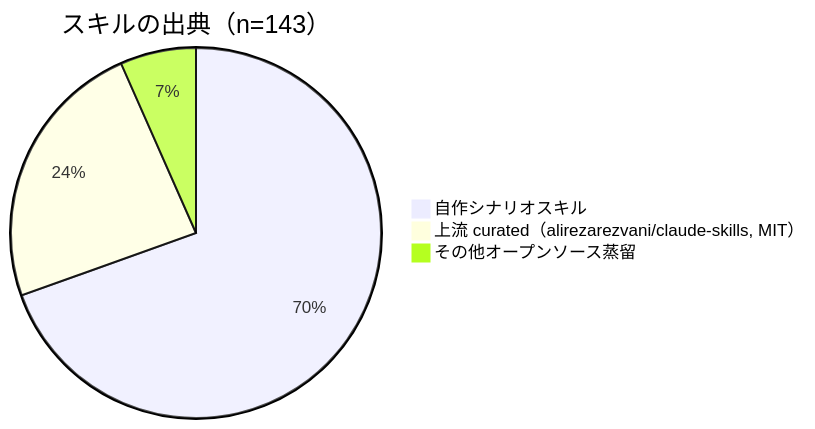
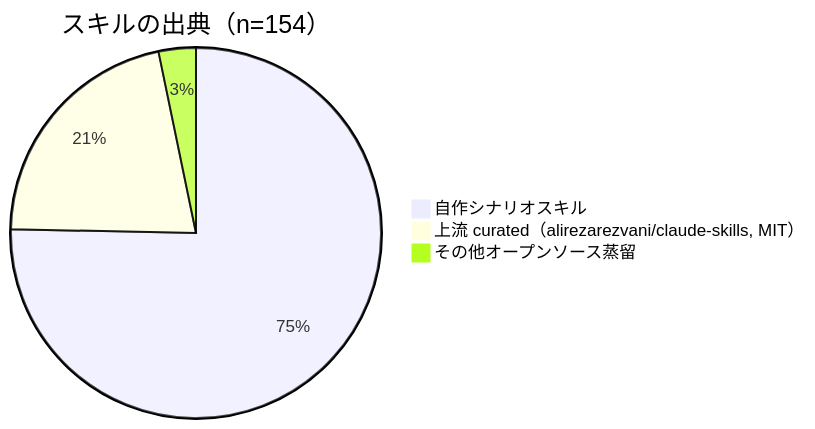
One commit to Morningstar202604/awesome-skillkit changed the second of 3 diagrams in README.ja.md. Above: the diagram before and after it, drawn with Mermaid. The commit also changed other lines of this file and 37 other files, not shown here.

````diff
--- a/README.ja.md
+++ b/README.ja.md
@@ -44,6 +44,6 @@
 ```mermaid
-pie title スキルの出典（n=143）
-    "自作シナリオスキル" : 105
-    "上流 curated（alirezarezvani/claude-skills, MIT）" : 36
-    "その他オープンソース蒸留" : 10
+pie title スキルの出典（n=154）
+    "自作シナリオスキル" : 116
+    "上流 curated（alirezarezvani/claude-skills, MIT）" : 33
+    "その他オープンソース蒸留" : 5
 ```
````
